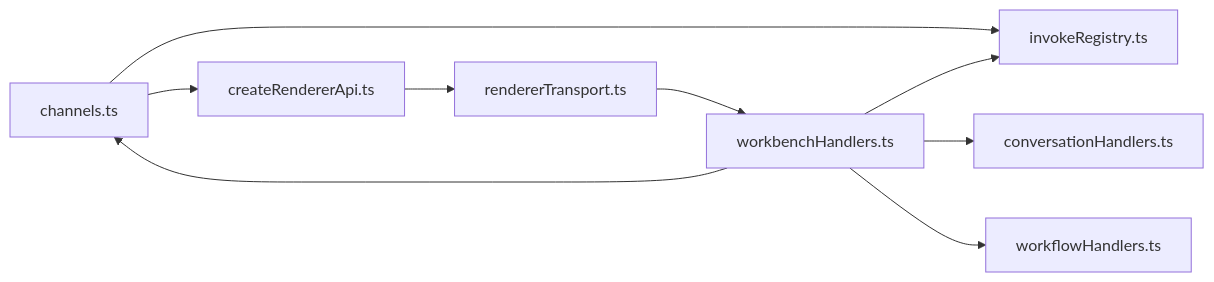
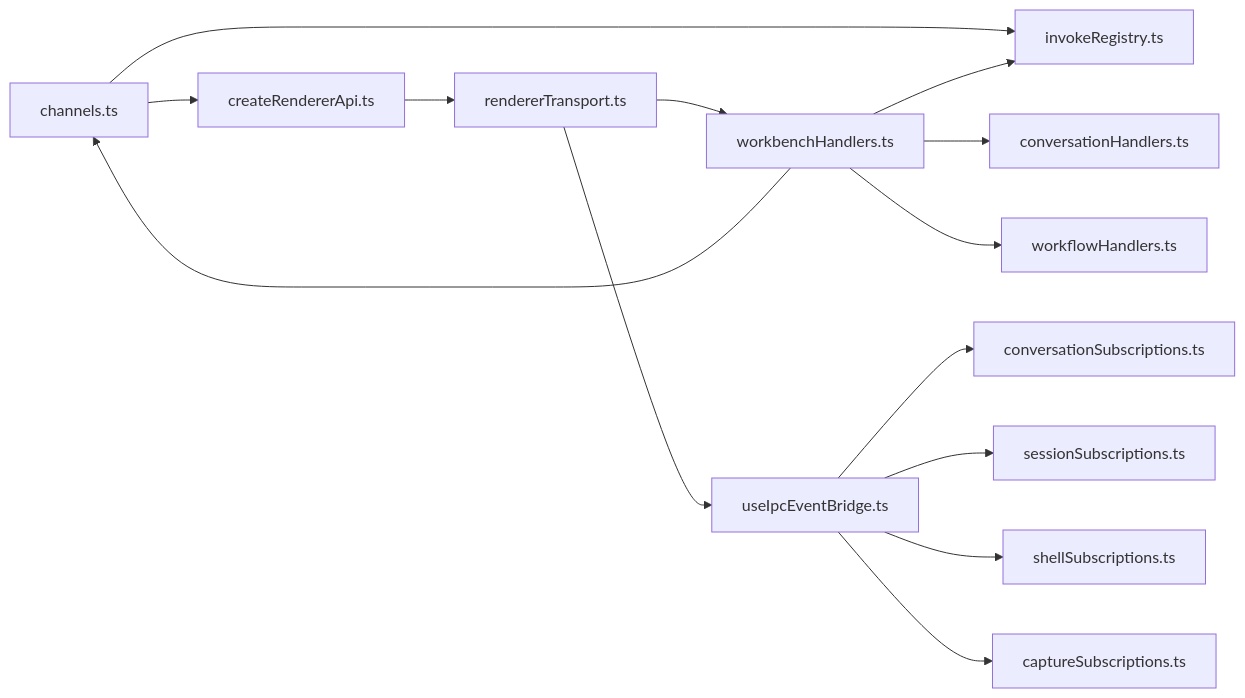
Diagram 11 of 11 in .qoder/repowiki/zh/content/架构设计/主进程架构/IPC 通信机制.md (haolange/RDC-Agent), drawn with Mermaid before and after one commit. The commit also changed other lines of this file and 86 other files, not shown here.

````diff
--- a/.qoder/repowiki/zh/content/架构设计/主进程架构/IPC 通信机制.md
+++ b/.qoder/repowiki/zh/content/架构设计/主进程架构/IPC 通信机制.md
@@ -291,11 +389,16 @@
 ```mermaid
 graph LR
 CH["channels.ts"] --> RA["createRendererApi.ts"]
 CH --> IR["invokeRegistry.ts"]
 RA --> RT["rendererTransport.ts"]
 RT --> WH["workbenchHandlers.ts"]
 WH --> IR
 WH --> CH
 WH --> H1["conversationHandlers.ts"]
 WH --> H2["workflowHandlers.ts"]
+RT --> EB["useIpcEventBridge.ts"]
+EB --> CS["conversationSubscriptions.ts"]
+EB --> SS["sessionSubscriptions.ts"]
+EB --> SHS["shellSubscriptions.ts"]
+EB --> CPS["captureSubscriptions.ts"]
 ```
````
